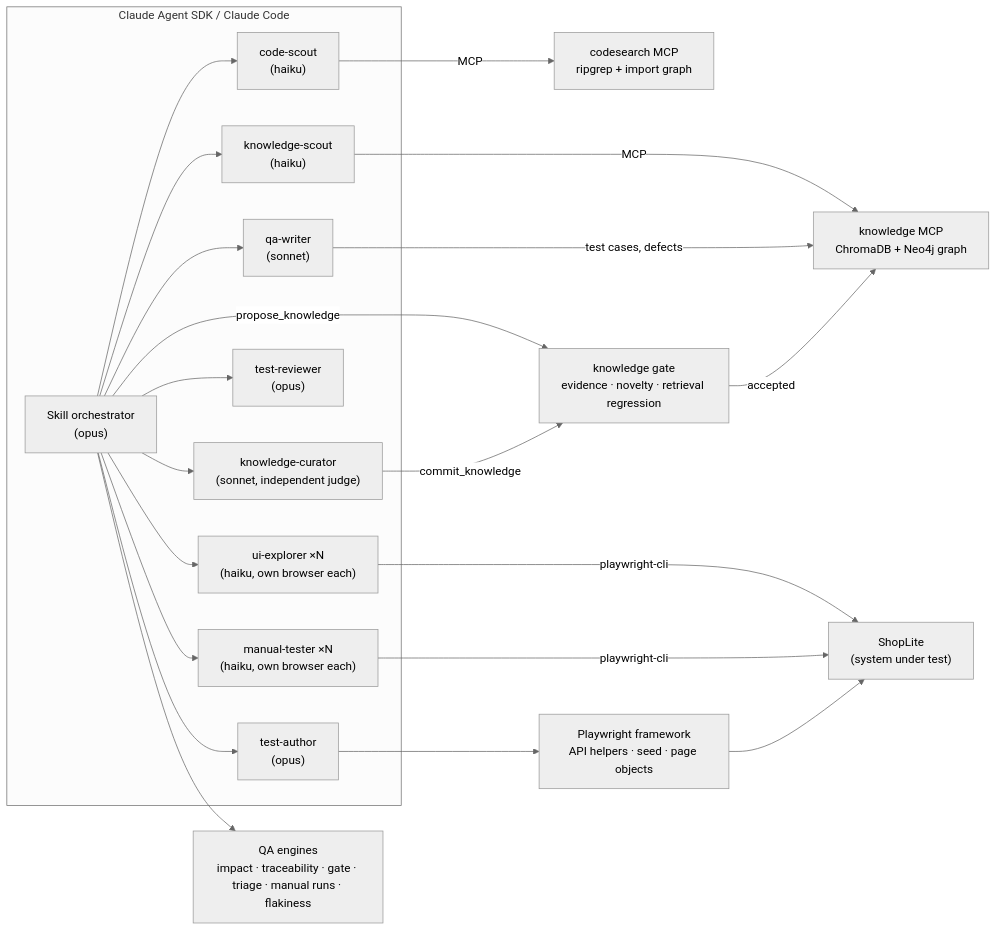
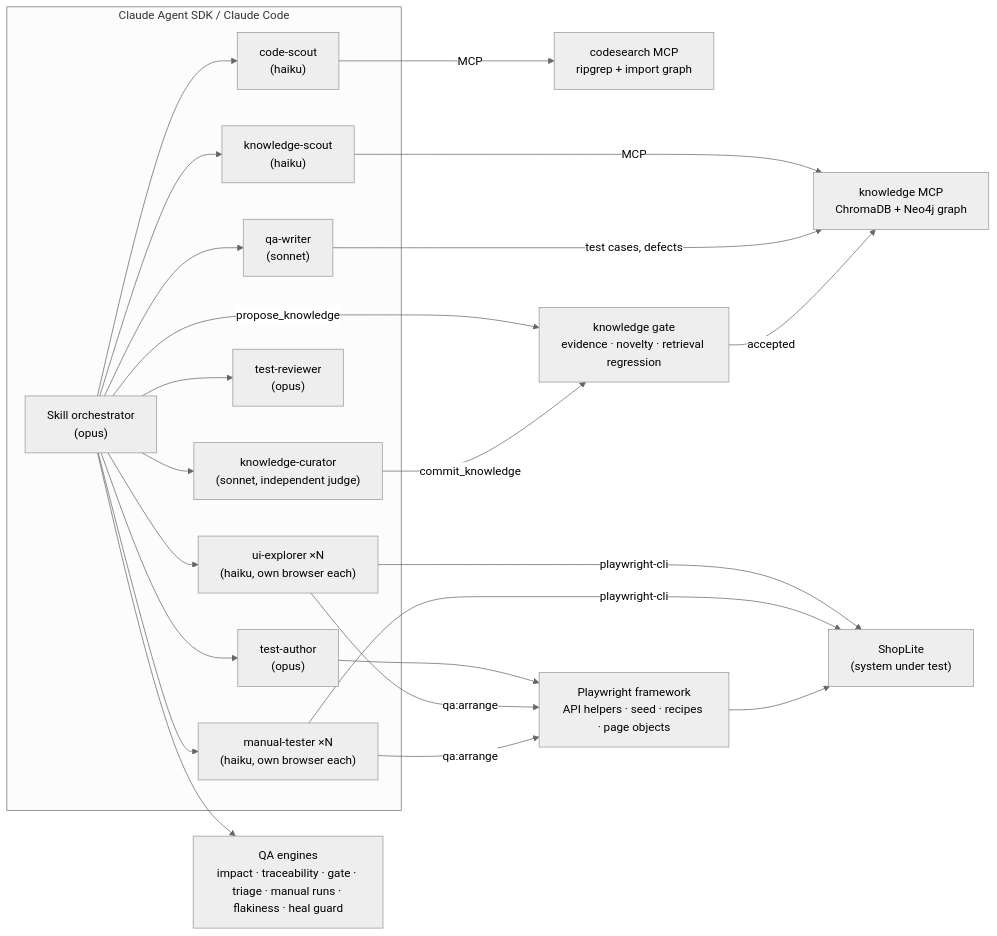
Before and after one commit to Releaseworthy/agentic-qa: the first of 2 diagrams in README.md, drawn with Mermaid (neutral theme). The commit also changed other lines of this file and 65 other files, not shown here.

````diff
--- a/README.md
+++ b/README.md
@@ -52,24 +53,26 @@
 ```mermaid
 flowchart LR
   subgraph Agents["Claude Agent SDK / Claude Code"]
     O["Skill orchestrator<br/>(opus)"] --> KS["knowledge-scout<br/>(haiku)"]
     O --> CS["code-scout<br/>(haiku)"]
     O --> UX["ui-explorer ×N<br/>(haiku, own browser each)"]
     O --> TA["test-author<br/>(opus)"]
     O --> TR["test-reviewer<br/>(opus)"]
     O --> QW["qa-writer<br/>(sonnet)"]
     O --> MT["manual-tester ×N<br/>(haiku, own browser each)"]
     O --> KC["knowledge-curator<br/>(sonnet, independent judge)"]
   end
   KS -->|MCP| RAG["knowledge MCP<br/>ChromaDB + Neo4j graph"]
   CS -->|MCP| CODE["codesearch MCP<br/>ripgrep + import graph"]
   UX -->|playwright-cli| APP["ShopLite<br/>(system under test)"]
   MT -->|playwright-cli| APP
-  TA --> FW["Playwright framework<br/>API helpers · seed · page objects"]
+  TA --> FW["Playwright framework<br/>API helpers · seed · recipes · page objects"]
+  UX -->|qa:arrange| FW
+  MT -->|qa:arrange| FW
   FW --> APP
-  O --> ENG["QA engines<br/>impact · traceability · gate · triage · manual runs · flakiness"]
+  O --> ENG["QA engines<br/>impact · traceability · gate · triage · manual runs · flakiness · heal guard"]
   QW -->|test cases, defects| RAG
   O -->|propose_knowledge| GATE["knowledge gate<br/>evidence · novelty · retrieval regression"]
   KC -->|commit_knowledge| GATE
   GATE -->|accepted| RAG
 ```
````
